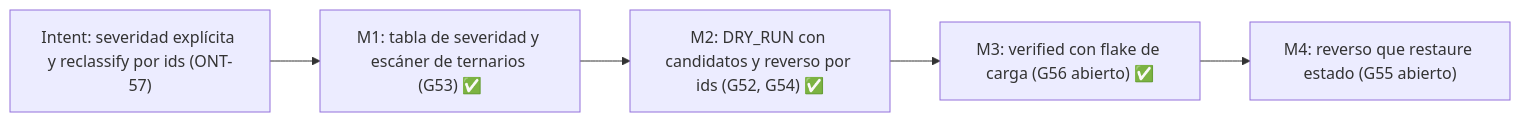
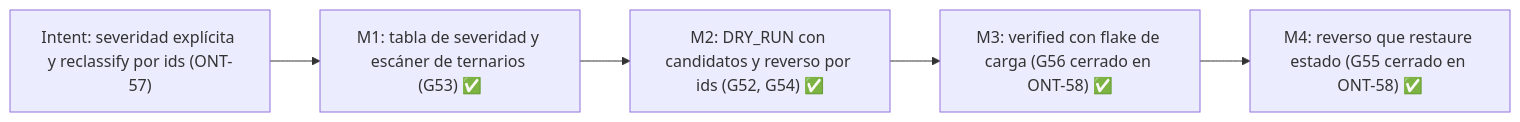
Before and after one commit to ancrz/agent-execution-plane: diagram 18 of 34 in README.md, drawn with Mermaid. The commit also changed other lines of this file and 5 other files, not shown here.

````diff
--- a/README.md
+++ b/README.md
@@ -1107,7 +1118,7 @@
 ```mermaid
 flowchart LR
     I["Intent: severidad explícita y reclassify por ids (ONT-57)"] --> M1["M1: tabla de severidad y escáner de ternarios (G53) ✅"]
     M1 --> M2["M2: DRY_RUN con candidatos y reverso por ids (G52, G54) ✅"]
-    M2 --> M3["M3: verified con flake de carga (G56 abierto) ✅"]
-    M3 --> M4["M4: reverso que restaure estado (G55 abierto)"]
+    M2 --> M3["M3: verified con flake de carga (G56 cerrado en ONT-58) ✅"]
+    M3 --> M4["M4: reverso que restaure estado (G55 cerrado en ONT-58) ✅"]
 ```
````
